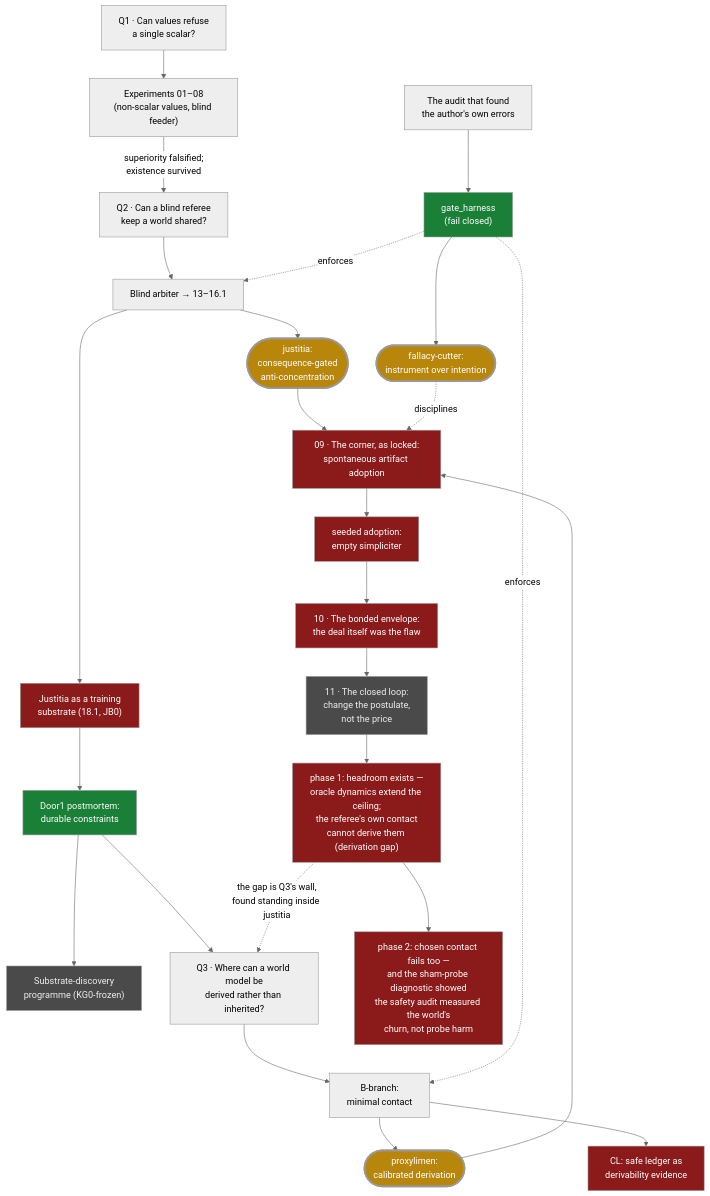
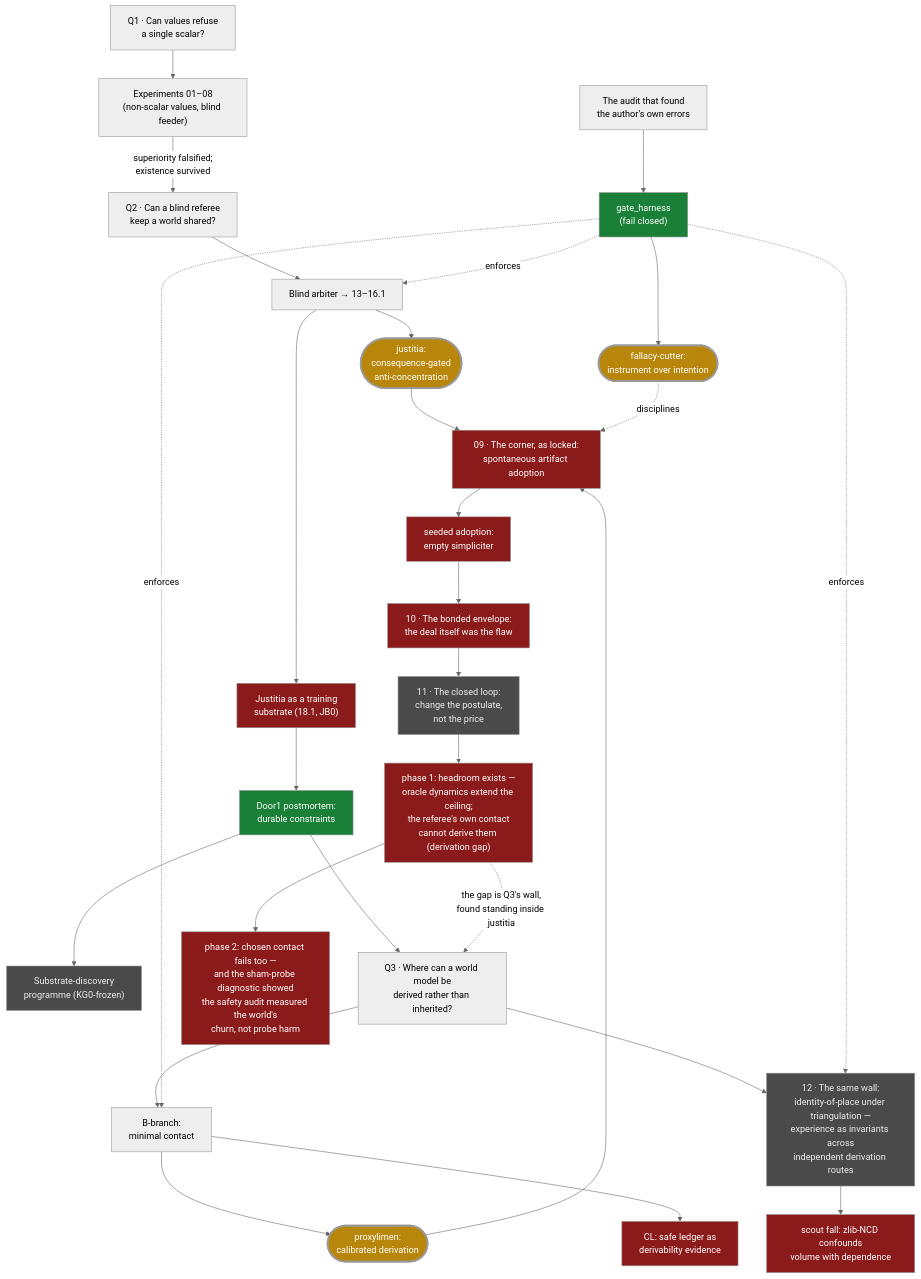
The diagram in README.md (Kirill-Kruglov/ascesis), drawn with Mermaid (neutral theme) before and after one commit. The commit also changed other lines of this file and 18 other files, not shown here.

First line of the commit message:
Open line 12: the same wall — identity-of-place under triangulation

````diff
--- a/README.md
+++ b/README.md
@@ -22,32 +22,35 @@
 ```mermaid
 flowchart TD
     classDef verified fill:#1a7f37,color:#fff
     classDef falsified fill:#8b1a1a,color:#fff
     classDef open fill:#4a4a4a,color:#eee
     classDef concl fill:#b8860b,color:#fff,stroke-width:3px
 
     Q1["Q1 · Can values refuse<br/>a single scalar?"] --> E["Experiments 01–08<br/>(non-scalar values, blind feeder)"]
     E -->|"superiority falsified;<br/>existence survived"| Q2["Q2 · Can a blind referee<br/>keep a world shared?"]
     Q2 --> J["Blind arbiter → 13–16.1"]
     J --> JC(["justitia:<br/>consequence-gated<br/>anti-concentration"]):::concl
     J --> S["Justitia as a training<br/>substrate (18.1, JB0)"]:::falsified
     S --> D1["Door1 postmortem:<br/>durable constraints"]:::verified
     D1 --> SD["Substrate-discovery<br/>programme (KG0-frozen)"]:::open
     D1 --> Q3["Q3 · Where can a world model be<br/>derived rather than inherited?"]
     Q3 --> B["B-branch:<br/>minimal contact"]
     B --> PC(["proxylimen:<br/>calibrated derivation"]):::concl
     B --> CL["CL: safe ledger as<br/>derivability evidence"]:::falsified
     A["The audit that found<br/>the author's own errors"] --> G["gate_harness<br/>(fail closed)"]:::verified
     G --> FC(["fallacy-cutter:<br/>instrument over intention"]):::concl
     G -. enforces .-> J
     G -. enforces .-> B
     PC --> X["09 · The corner, as locked:<br/>spontaneous artifact adoption"]:::falsified
     JC --> X
     FC -. disciplines .-> X
     X --> X2["seeded adoption:<br/>empty simpliciter"]:::falsified
     X2 --> Y["10 · The bonded envelope:<br/>the deal itself was the flaw"]:::falsified
     Y --> Z["11 · The closed loop:<br/>change the postulate,<br/>not the price"]:::open
     Z --> Z1["phase 1: headroom exists —<br/>oracle dynamics extend the ceiling;<br/>the referee's own contact<br/>cannot derive them (derivation gap)"]:::falsified
     Z1 -. "the gap is Q3's wall,<br/>found standing inside justitia" .-> Q3
     Z1 --> Z2["phase 2: chosen contact fails too —<br/>and the sham-probe diagnostic showed<br/>the safety audit measured the world's<br/>churn, not probe harm"]:::falsified
+    Q3 --> W["12 · The same wall:<br/>identity-of-place under triangulation —<br/>experience as invariants across<br/>independent derivation routes"]:::open
+    W --> W1["scout fall: zlib-NCD confounds<br/>volume with dependence"]:::falsified
+    G -. enforces .-> W
 ```
````
